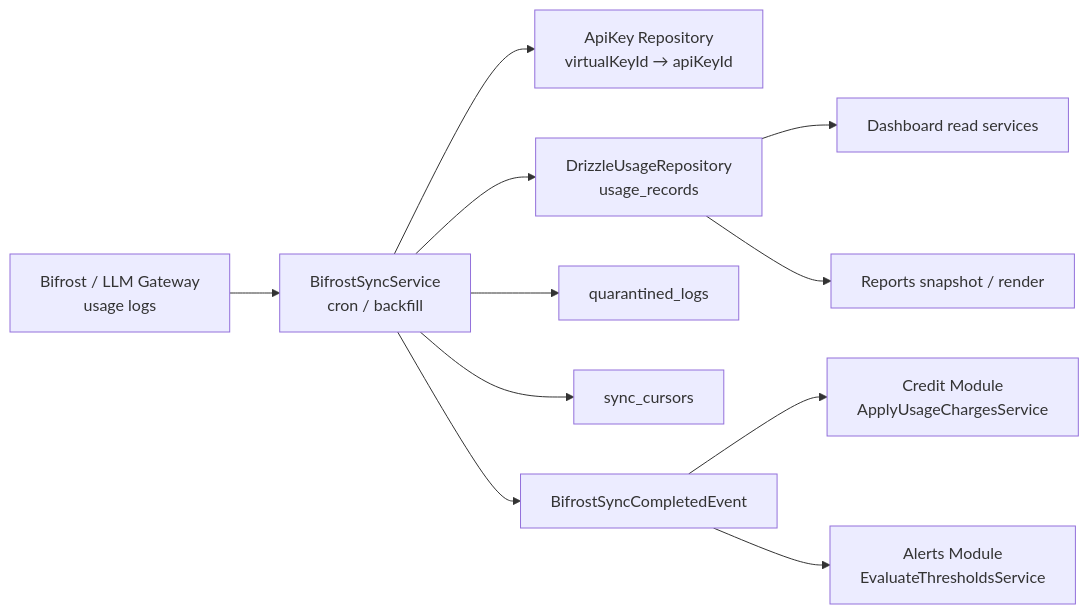
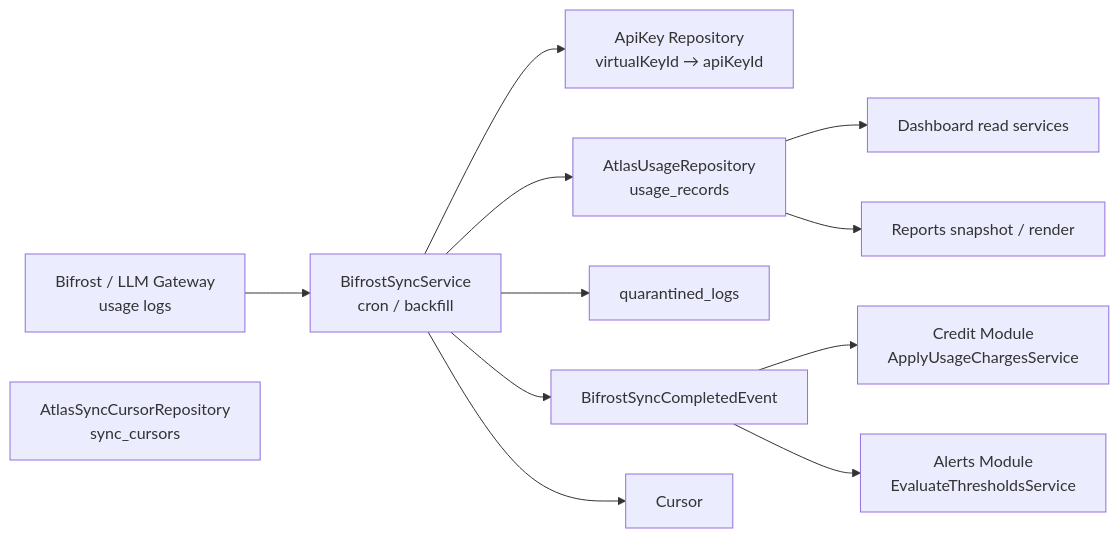
The first of 2 diagrams in docs/draupnir/architecture/bifrost-sync-data-flow.md (CarlLee1983/draupnir), drawn with Mermaid before and after one commit. The commit also changed other lines of this file and 12 other files, not shown here.

First line of the commit message:
docs(planning): update architecture summary and project roadmap

````diff
--- a/docs/draupnir/architecture/bifrost-sync-data-flow.md
+++ b/docs/draupnir/architecture/bifrost-sync-data-flow.md
@@ -25,25 +25,25 @@
 ```mermaid
 flowchart LR
     Gateway[Bifrost / LLM Gateway<br/>usage logs]
     Sync[BifrostSyncService<br/>cron / backfill]
     ApiKey[ApiKey Repository<br/>virtualKeyId → apiKeyId]
-    UsageRepo[DrizzleUsageRepository<br/>usage_records]
+    UsageRepo[AtlasUsageRepository<br/>usage_records]
     Quarantine[quarantined_logs]
-    Cursor[sync_cursors]
+    SyncCursorRepo[AtlasSyncCursorRepository<br/>sync_cursors]
     Event[BifrostSyncCompletedEvent]
     Credit[Credit Module<br/>ApplyUsageChargesService]
     Alerts[Alerts Module<br/>EvaluateThresholdsService]
     Dashboard[Dashboard read services]
     Reports[Reports snapshot / render]
 
     Gateway --> Sync
     Sync --> ApiKey
     Sync --> UsageRepo
     Sync --> Quarantine
     Sync --> Cursor
     Sync --> Event
     Event --> Credit
     Event --> Alerts
     UsageRepo --> Dashboard
     UsageRepo --> Reports
 ```
````
